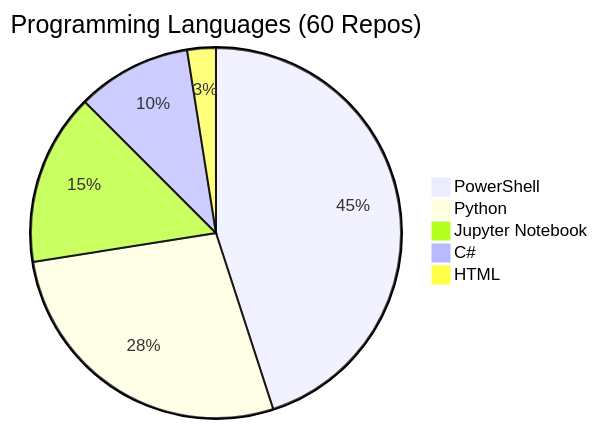
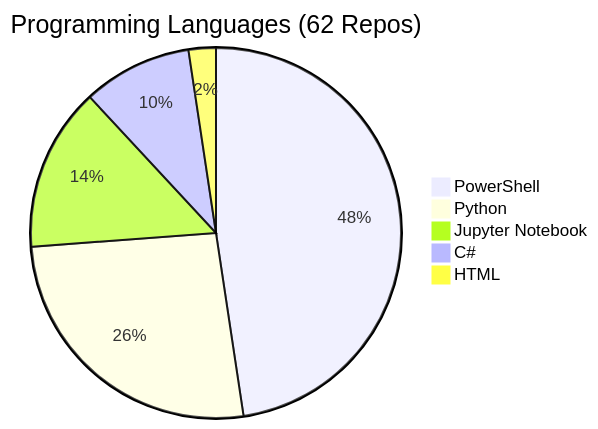
The diagram in REPOS.md (fabioc-aloha/fabioc-aloha), drawn with Mermaid before and after one commit. The commit also changed other lines of this file and 1 other file, not shown here.

````diff
--- a/REPOS.md
+++ b/REPOS.md
@@ -103,8 +105,8 @@
 ```mermaid
-pie title Programming Languages (60 Repos)
-    "PowerShell" : 18
+pie title Programming Languages (62 Repos)
+    "PowerShell" : 20
     "Python" : 11
     "Jupyter Notebook" : 6
     "C#" : 4
     "HTML" : 1
 ```
````
